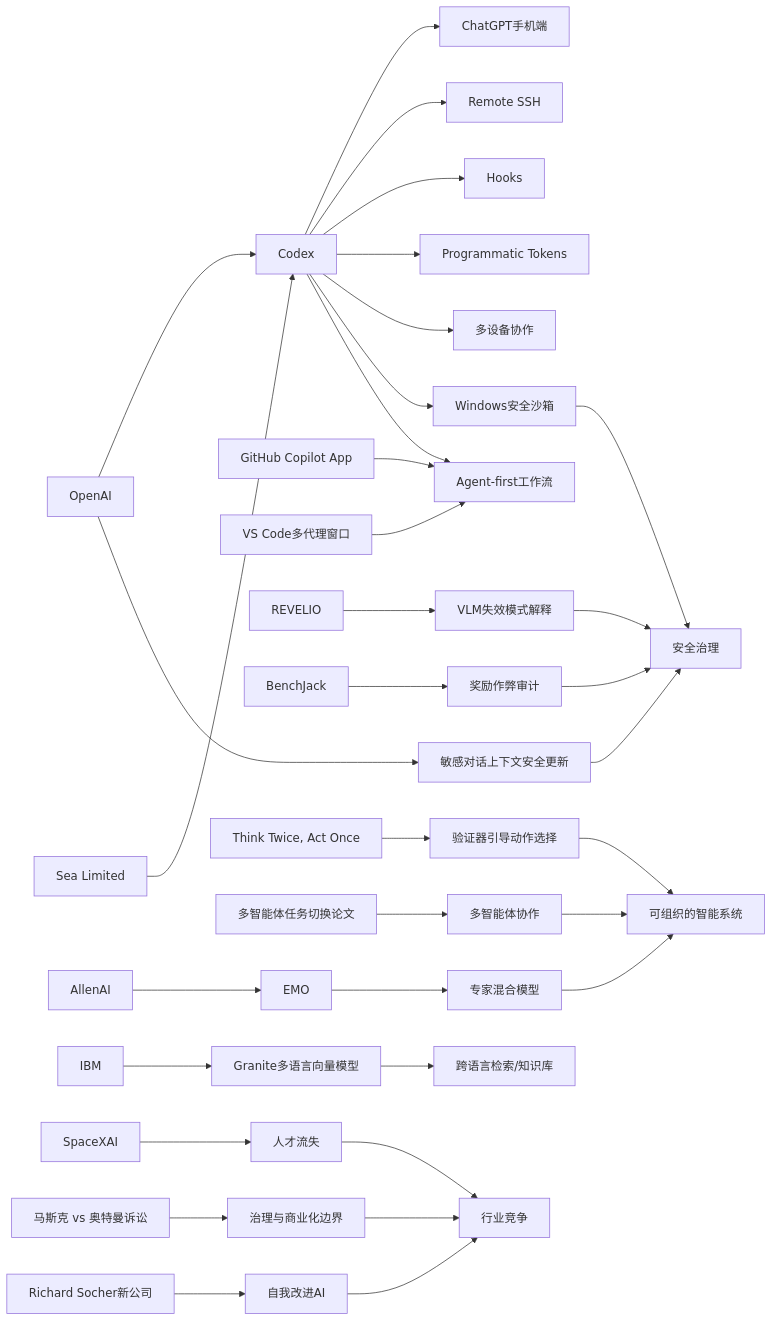
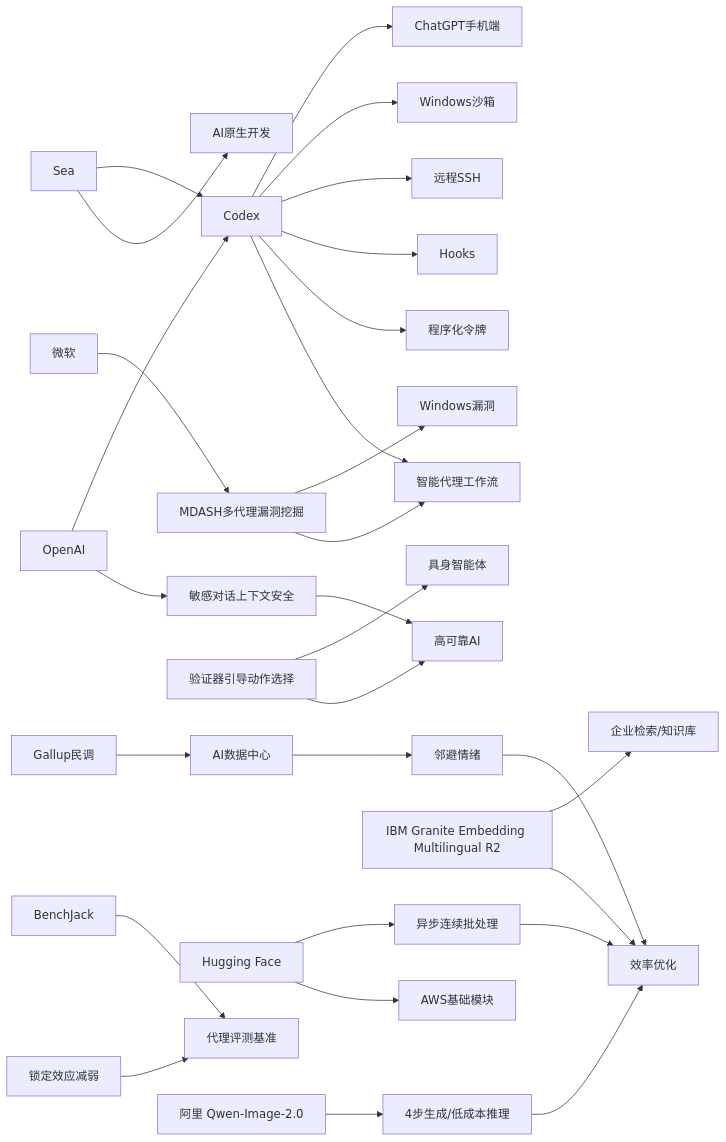
One commit to zhuxinfei/ai-daily-site changed the diagram in content/cn/2026/2026-05/2026-05-15.md. Above: the diagram before and after it, drawn with Mermaid. The commit also changed other lines of this file, not shown here.

````diff
--- a/content/cn/2026/2026-05/2026-05-15.md
+++ b/content/cn/2026/2026-05/2026-05-15.md
@@ -105,40 +110,73 @@
 ```mermaid
 graph LR
+    OpenAI[OpenAI]
+    Codex[Codex]
+    ChatGPTMobile[ChatGPT手机端]
+    WinSandbox[Windows沙箱]
+    SSH[远程SSH]
+    Hooks[Hooks]
+    Token[程序化令牌]
+    Sea[Sea]
+    AINative[AI原生开发]
+
+    Microsoft[微软]
+    MDASH[MDASH多代理漏洞挖掘]
+    Windows[Windows漏洞]
+
+    Safety[敏感对话上下文安全]
+    Verifier[验证器引导动作选择]
+    Embodied[具身智能体]
+
+    Gallup[Gallup民调]
+    DC[AI数据中心]
+    NIMBY[邻避情绪]
+
+    HF[Hugging Face]
+    AsyncBatch[异步连续批处理]
+    AWS[AWS基础模块]
+
+    IBM[IBM Granite Embedding Multilingual R2]
+    Retrieval[企业检索/知识库]
+
+    BenchJack[BenchJack]
+    Benchmark[代理评测基准]
+    LockIn[锁定效应减弱]
+
+    Alibaba[阿里 Qwen-Image-2.0]
+    EfficientGen[4步生成/低成本推理]
+
     OpenAI --> Codex
-    Codex --> MobileChatGPT[ChatGPT手机端]
-    Codex --> RemoteSSH[Remote SSH]
-    Codex --> Hooks[Hooks]
-    Codex --> Tokens[Programmatic Tokens]
-    Codex --> MultiDevice[多设备协作]
-    Codex --> WinSandbox[Windows安全沙箱]
-    Sea[Sea Limited] --> Codex
-    GitHubCopilot[GitHub Copilot App] --> AgentFirst[Agent-first工作流]
-    VSCode[VS Code多代理窗口] --> AgentFirst
-    Codex --> AgentFirst
+    Codex --> ChatGPTMobile
+    Codex --> WinSandbox
+    Codex --> SSH
+    Codex --> Hooks
+    Codex --> Token
+    Sea --> Codex
+    Sea --> AINative
 
-    OpenAI --> SafetyUpdate[敏感对话上下文安全更新]
-    REVELIO --> VLM[VLM失效模式解释]
-    BenchJack --> RewardHacking[奖励作弊审计]
-    WinSandbox --> SafetyGov[安全治理]
-    SafetyUpdate --> SafetyGov
-    VLM --> SafetyGov
-    RewardHacking --> SafetyGov
+    Microsoft --> MDASH
+    MDASH --> Windows
 
-    AllenAI --> EMO[EMO]
-    EMO --> MoE[专家混合模型]
-    ThinkTwice[Think Twice, Act Once] --> Verifier[验证器引导动作选择]
-    MultiAgentPaper[多智能体任务切换论文] --> MultiAgent[多智能体协作]
-    MoE --> OrganizedAI[可组织的智能系统]
-    Verifier --> OrganizedAI
-    MultiAgent --> OrganizedAI
+    OpenAI --> Safety
+    Verifier --> Embodied
 
-    IBM --> Granite[Granite多语言向量模型]
-    Granite --> Retrieval[跨语言检索/知识库]
+    Gallup --> DC
+    DC --> NIMBY
 
-    SpaceXAI --> TalentRisk[人才流失]
-    MuskAltman[马斯克 vs 奥特曼诉讼] --> Governance[治理与商业化边界]
-    Socher[Richard Socher新公司] --> SelfImprovingAI[自我改进AI]
-    TalentRisk --> IndustryComp[行业竞争]
-    Governance --> IndustryComp
-    SelfImprovingAI --> IndustryComp
+    HF --> AsyncBatch
+    HF --> AWS
+    IBM --> Retrieval
+    Alibaba --> EfficientGen
+
+    BenchJack --> Benchmark
+    LockIn --> Benchmark
+
+    Codex --> AIAgent[智能代理工作流]
+    MDASH --> AIAgent
+    Safety --> Trust[高可靠AI]
+    Verifier --> Trust
+    AsyncBatch --> Efficiency[效率优化]
+    EfficientGen --> Efficiency
+    IBM --> Efficiency
+    NIMBY --> Efficiency
 ```
````
